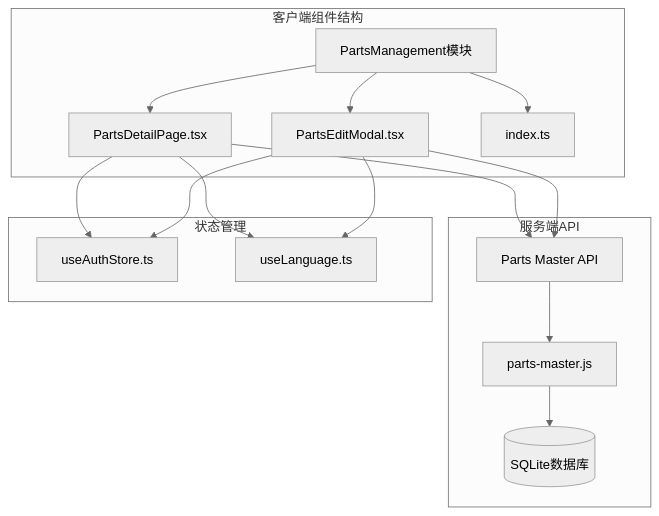
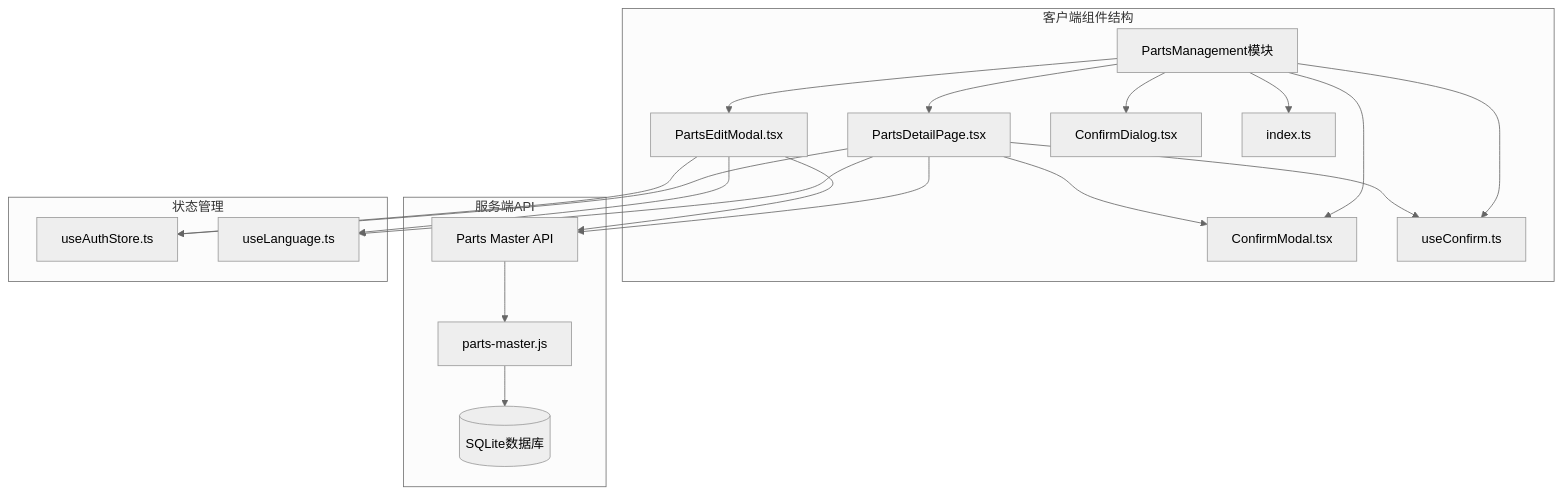
The first of 10 diagrams in .qoder/repowiki/zh/content/前端组件架构/配件详情页面组件.md (CubeEdge/Longhorn), drawn with Mermaid (neutral theme) before and after one commit. The commit also changed other lines of this file and 28 other files, not shown here.

````diff
--- a/.qoder/repowiki/zh/content/前端组件架构/配件详情页面组件.md
+++ b/.qoder/repowiki/zh/content/前端组件架构/配件详情页面组件.md
@@ -35,29 +47,37 @@
 ```mermaid
 graph TB
 subgraph "客户端组件结构"
 PM[PartsManagement模块]
 PD[PartsDetailPage.tsx]
 PEM[PartsEditModal.tsx]
+CM[ConfirmModal.tsx]
+CD[ConfirmDialog.tsx]
+UM[useConfirm.ts]
 PIndex[index.ts]
 PM --> PD
 PM --> PEM
+PM --> CM
+PM --> CD
+PM --> UM
 PM --> PIndex
 end
 subgraph "服务端API"
 API[Parts Master API]
 Route[parts-master.js]
 DB[(SQLite数据库)]
 API --> Route
 Route --> DB
 end
 subgraph "状态管理"
 AS[useAuthStore.ts]
 LS[useLanguage.ts]
 end
 PD --> API
 PEM --> API
 PD --> AS
 PEM --> AS
 PD --> LS
 PEM --> LS
+PD --> CM
+PD --> UM
 ```
````
